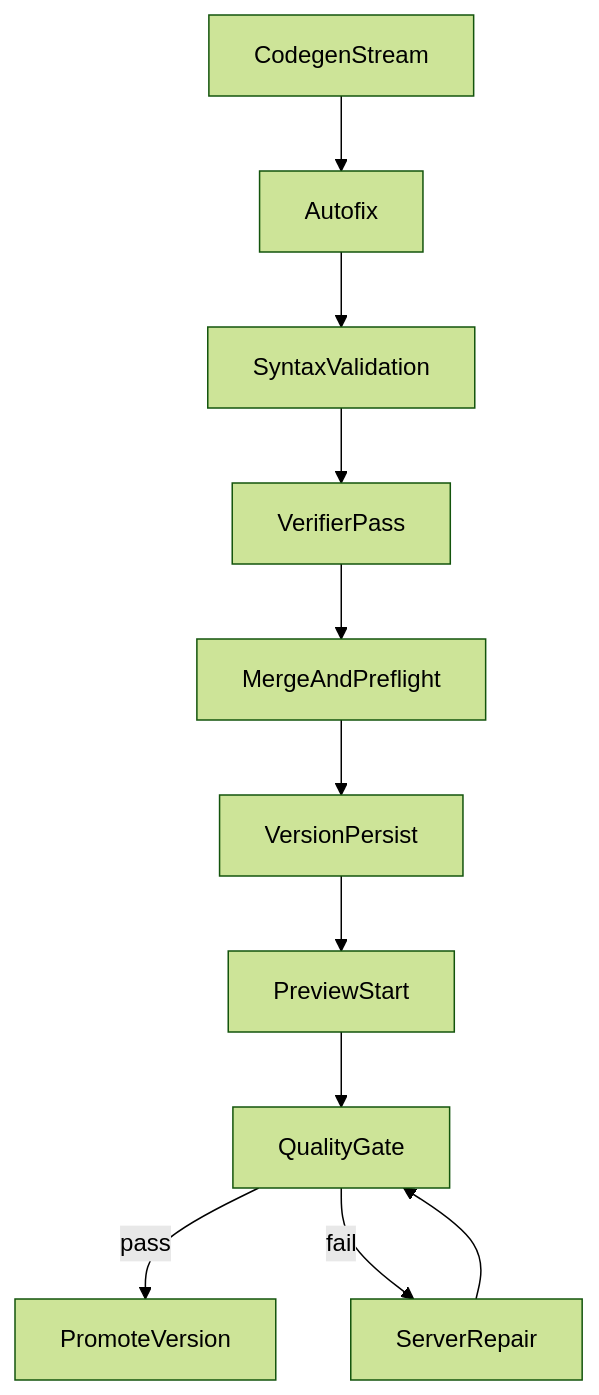
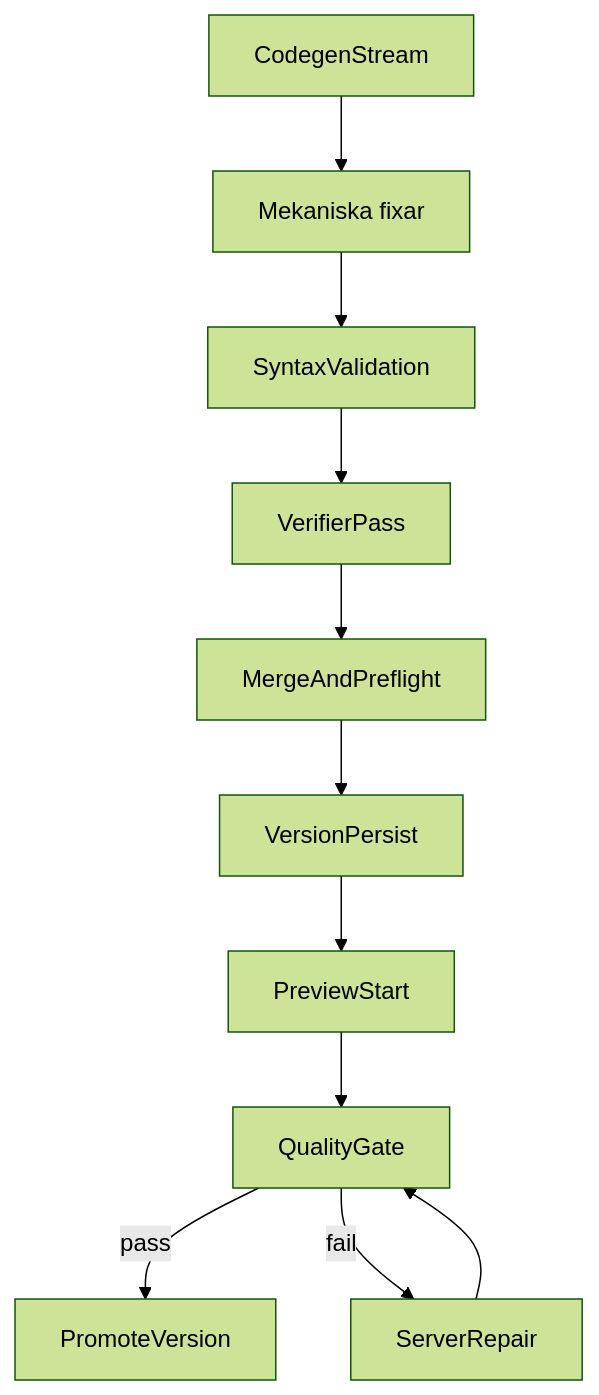
Before and after one commit to Jakeminator123/sajtmaskin: the diagram in docs/schemas/quality-gate.md, drawn with Mermaid (forest theme). The commit also changed other lines of this file and 13 other files, not shown here.

````diff
--- a/docs/schemas/quality-gate.md
+++ b/docs/schemas/quality-gate.md
@@ -145,13 +145,13 @@
 ```mermaid
 flowchart TD
-    codegen[CodegenStream] --> autofix[Autofix]
-    autofix --> syntax[SyntaxValidation]
+    codegen[CodegenStream] --> mechfix["Mekaniska fixar"]
+    mechfix --> syntax[SyntaxValidation]
     syntax --> verifier[VerifierPass]
     verifier --> preflight[MergeAndPreflight]
     preflight --> persist[VersionPersist]
     persist --> preview[PreviewStart]
     preview --> qualityGate[QualityGate]
     qualityGate -->|pass| promoted[PromoteVersion]
     qualityGate -->|fail| repair[ServerRepair]
     repair --> qualityGate
 ```
````
